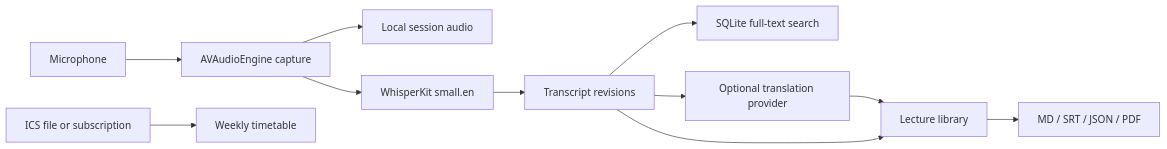
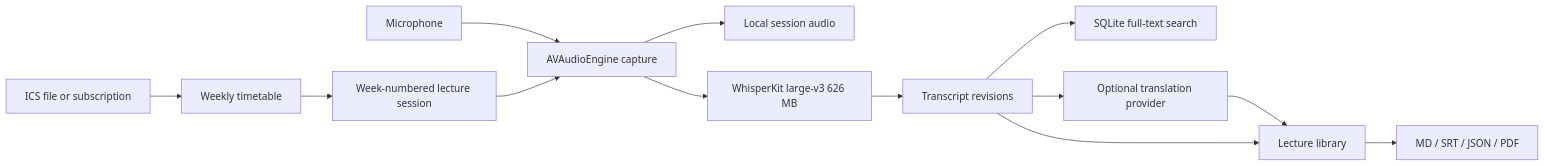
Before and after one commit to eason241008/EchoNote: the diagram in README.md, drawn with Mermaid. The commit also changed other lines of this file and 31 other files, not shown here.

First line of the commit message:
Make EchoNote dependable for live WhisperKit lectures

````diff
--- a/README.md
+++ b/README.md
@@ -179,13 +181,15 @@
 ```mermaid
 flowchart LR
     Mic[Microphone] --> Capture[AVAudioEngine capture]
     Capture --> Audio[Local session audio]
-    Capture --> Whisper[WhisperKit small.en]
+    Capture --> Whisper[WhisperKit large-v3 626 MB]
     Whisper --> Revision[Transcript revisions]
     Revision --> Search[SQLite full-text search]
     Revision --> Translate[Optional translation provider]
     Translate --> Library[Lecture library]
     Revision --> Library
     ICS[ICS file or subscription] --> Schedule[Weekly timetable]
+    Schedule --> Session[Week-numbered lecture session]
+    Session --> Capture
     Library --> Export[MD / SRT / JSON / PDF]
 ```
````
